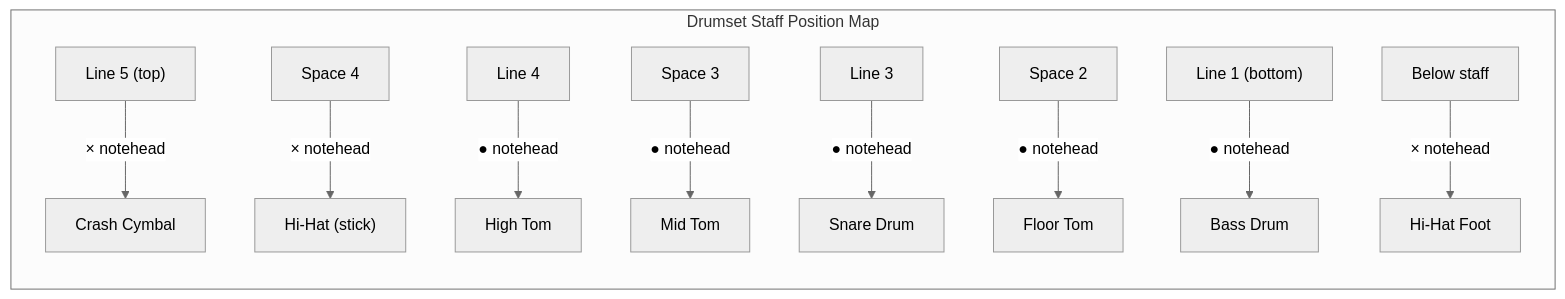
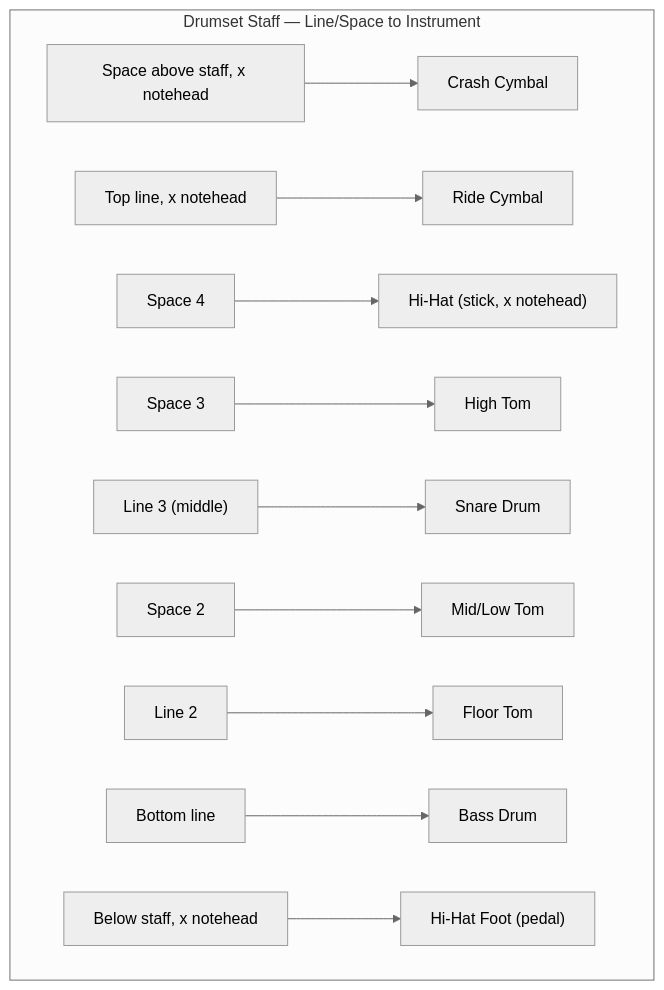
One commit to blebleblee/synapse changed the second of 3 diagrams in topics/arts/music_performance/percussion/lesson_03_reading_and_notation.md. Above: the diagram before and after it, drawn with Mermaid (neutral theme). The commit also changed other lines of this file and 4 other files, not shown here.

````diff
--- a/topics/arts/music_performance/percussion/lesson_03_reading_and_notation.md
+++ b/topics/arts/music_performance/percussion/lesson_03_reading_and_notation.md
@@ -127,13 +63,14 @@
 ```mermaid
-graph LR
-    subgraph sub_drumset_staff_position_map ["Drumset Staff Position Map"]
-        A["Line 5 (top)"] -->|"× notehead"| B["Crash Cymbal"]
-        C["Space 4"] -->|"× notehead"| D["Hi-Hat (stick)"]
-        E["Line 4"] -->|"● notehead"| F["High Tom"]
-        G["Space 3"] -->|"● notehead"| H["Mid Tom"]
-        I["Line 3"] -->|"● notehead"| J["Snare Drum"]
-        K["Space 2"] -->|"● notehead"| L["Floor Tom"]
-        M["Line 1 (bottom)"] -->|"● notehead"| N["Bass Drum"]
-        O["Below staff"] -->|"× notehead"| P["Hi-Hat Foot"]
+graph TD
+    subgraph sub_drumset_staff ["Drumset Staff — Line/Space to Instrument"]
+        A["Space above staff, x notehead"] --> B["Crash Cymbal"]
+        C["Top line, x notehead"] --> D["Ride Cymbal"]
+        E["Space 4"] --> F["Hi-Hat (stick, x notehead)"]
+        G["Space 3"] --> H["High Tom"]
+        I["Line 3 (middle)"] --> J["Snare Drum"]
+        K["Space 2"] --> L["Mid/Low Tom"]
+        M["Line 2"] --> N["Floor Tom"]
+        O["Bottom line"] --> P["Bass Drum"]
+        Q["Below staff, x notehead"] --> R["Hi-Hat Foot (pedal)"]
     end
 ```
````
